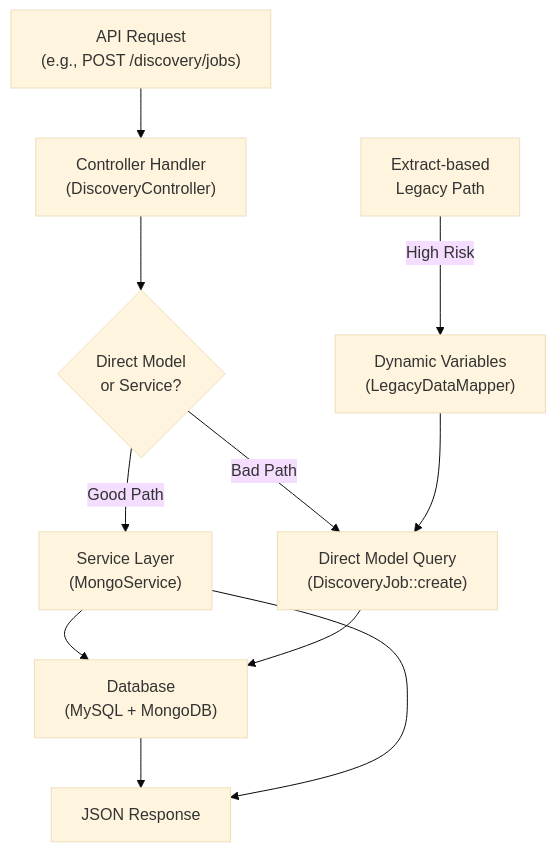
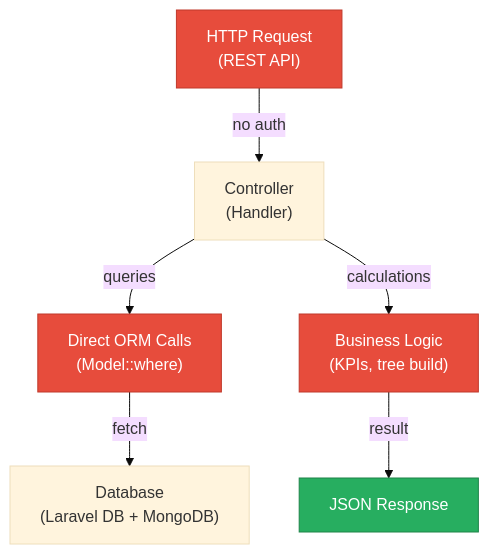
Before and after one commit to shende-shweta/FSDKC: the first of 3 diagrams in docs/discovery/04-backend-modernization.md, drawn with Mermaid (base theme). The commit also changed other lines of this file and 2 other files, not shown here.

Commit message:
docs(discovery): add report files (2026-08-04_12-12-06)

````diff
--- a/docs/discovery/04-backend-modernization.md
+++ b/docs/discovery/04-backend-modernization.md
@@ -652,13 +754,12 @@
 ```mermaid
 flowchart TD
-  A["API Request<br/>(e.g., POST /discovery/jobs)"] --> B["Controller Handler<br/>(DiscoveryController)"]
-  B --> C{"Direct Model<br/>or Service?"}
-  C -->|Good Path| D["Service Layer<br/>(MongoService)"]
-  C -->|Bad Path| E["Direct Model Query<br/>(DiscoveryJob::create)"]
-  D --> F["Database<br/>(MySQL + MongoDB)"]
-  E --> F
-  G["Extract-based<br/>Legacy Path"] -->|High Risk| H["Dynamic Variables<br/>(LegacyDataMapper)"]
-  H --> E
-  F --> I["JSON Response"]
-  D --> I
+    A["HTTP Request<br/>(REST API)"] -->|no auth| B["Controller<br/>(Handler)"]
+    B -->|queries| C["Direct ORM Calls<br/>(Model::where)"]
+    C -->|fetch| D["Database<br/>(Laravel DB + MongoDB)"]
+    B -->|calculations| E["Business Logic<br/>(KPIs, tree build)"]
+    E -->|result| F["JSON Response"]
+    classDef risk fill:#e74c3c,stroke:#c0392b,color:#fff
+    classDef good fill:#27ae60,stroke:#1e8449,color:#fff
+    class A,C,E risk
+    class F good
 ```
````
